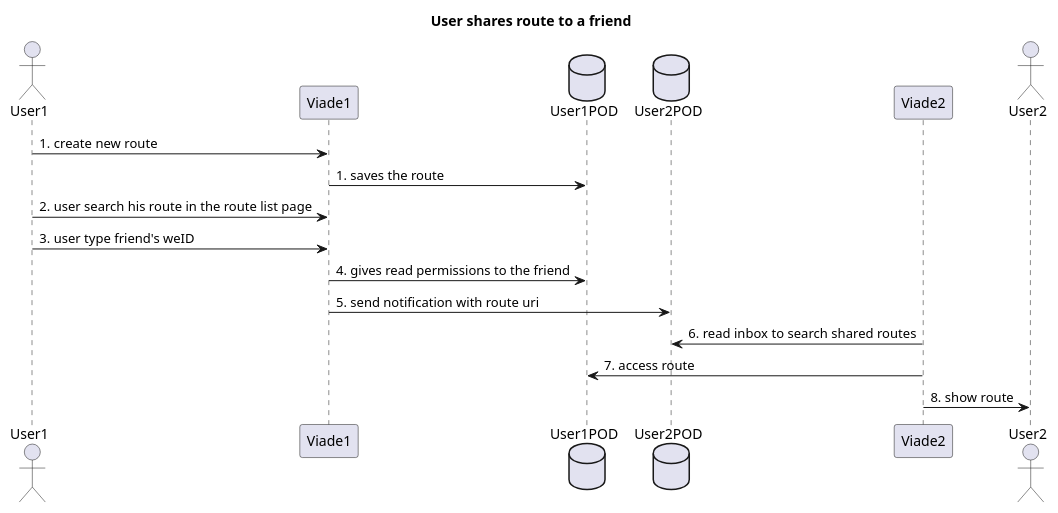
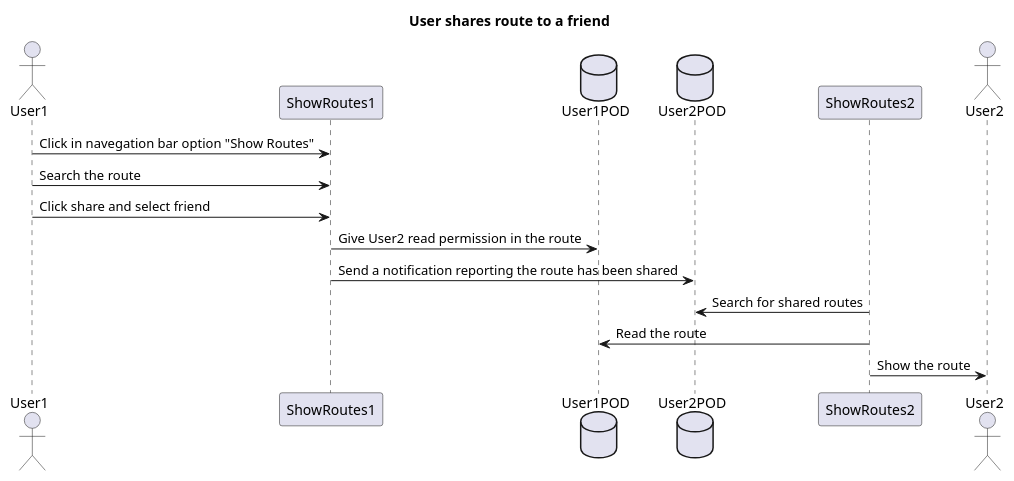
The third of 4 diagrams in src/docs/06_runtime_view.adoc (Arquisoft/viade_es2c), drawn with PlantUML before and after one commit. The commit also changed other lines of this file and 3 other files, not shown here.

```diff
--- a/src/docs/06_runtime_view.adoc
+++ b/src/docs/06_runtime_view.adoc
@@ -44,19 +47,19 @@
 [plantuml,"Routes share 1 secuence diagram",png]
 ----
 title User shares route to a friend
+title User shares route to a friend
 actor User1
-participant Viade1
+participant ShowRoutes1
 database User1POD
 database User2POD
-participant Viade2
+participant ShowRoutes2
 actor User2
-User1 -> Viade1: 1. create new route
-Viade1 -> User1POD: 1. saves the route
-User1 -> Viade1: 2. user search his route in the route list page
-User1 -> Viade1: 3. user type friend's weID
-Viade1 -> User1POD: 4. gives read permissions to the friend
-Viade1 -> User2POD: 5. send notification with route uri
-Viade2 -> User2POD: 6. read inbox to search shared routes
-Viade2 -> User1POD: 7. access route
-Viade2 -> User2: 8. show route
+User1 -> ShowRoutes1: Click in navegation bar option "Show Routes"
+User1 -> ShowRoutes1: Search the route
+User1 -> ShowRoutes1: Click share and select friend
+ShowRoutes1 -> User1POD: Give User2 read permission in the route
+ShowRoutes1 -> User2POD: Send a notification reporting the route has been shared
+ShowRoutes2 -> User2POD: Search for shared routes
+ShowRoutes2 -> User1POD: Read the route
+ShowRoutes2 -> User2: Show the route
 ----
```
